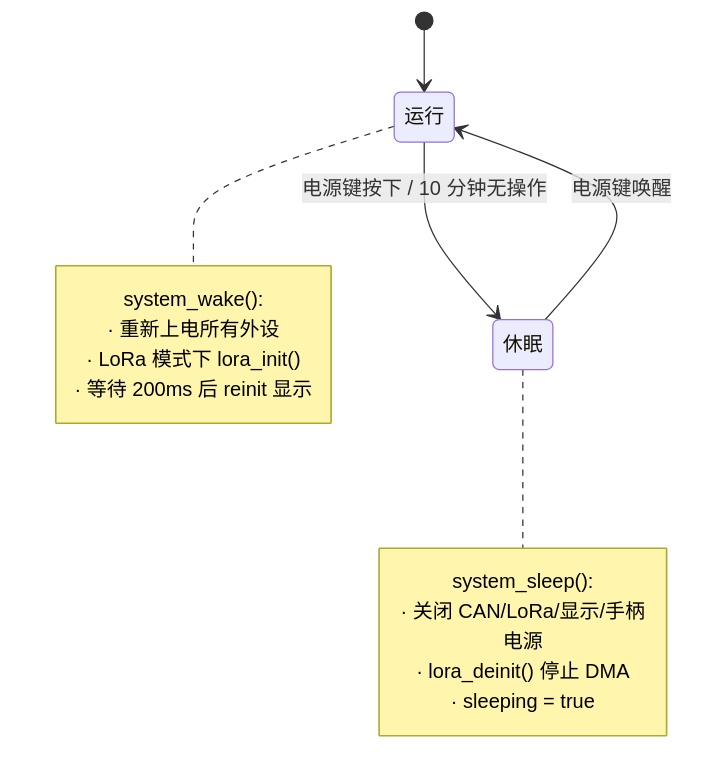
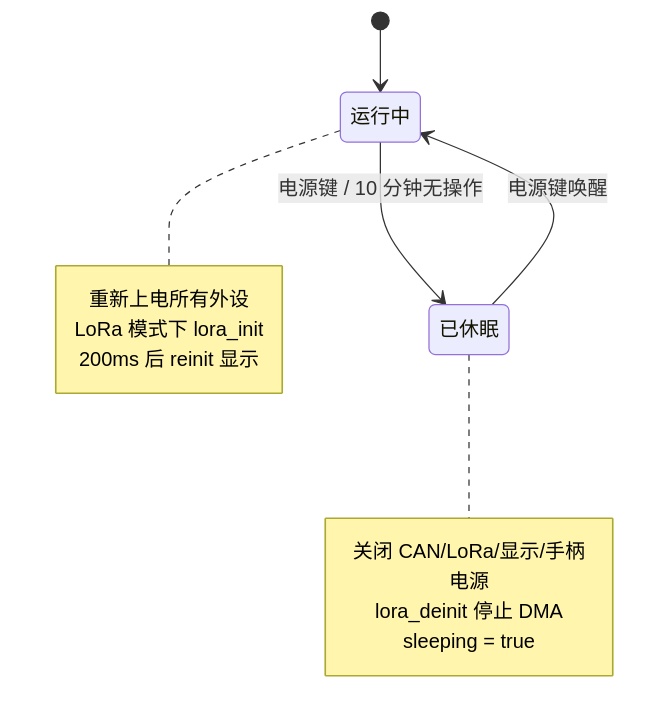
One commit to kabirz/zephyr_app changed the fourth of 6 diagrams in docs/architecture.md. Above: the diagram before and after it, drawn with Mermaid. The commit also changed other lines of this file and 4 other files, not shown here.

First line of the commit message:
docs: fix mermaid rendering by localizing mermaid.js

````diff
--- a/docs/architecture.md
+++ b/docs/architecture.md
@@ -87,20 +87,21 @@
 ```mermaid
 stateDiagram-v2
-    [*] --> 运行
-    运行 --> 休眠: 电源键按下 / 10 分钟无操作
-    休眠 --> 运行: 电源键唤醒
+    [*] --> Running
+    Running --> Sleeping: 电源键 / 10 分钟无操作
+    Sleeping --> Running: 电源键唤醒
 
-    note right of 休眠
-        system_sleep():
-        · 关闭 CAN/LoRa/显示/手柄电源
-        · lora_deinit() 停止 DMA
-        · sleeping = true
+    Running: 运行中
+    Sleeping: 已休眠
+
+    note right of Sleeping
+        关闭 CAN/LoRa/显示/手柄电源
+        lora_deinit 停止 DMA
+        sleeping = true
     end note
 
-    note right of 运行
-        system_wake():
-        · 重新上电所有外设
-        · LoRa 模式下 lora_init()
-        · 等待 200ms 后 reinit 显示
+    note right of Running
+        重新上电所有外设
+        LoRa 模式下 lora_init
+        200ms 后 reinit 显示
     end note
 ```
````
